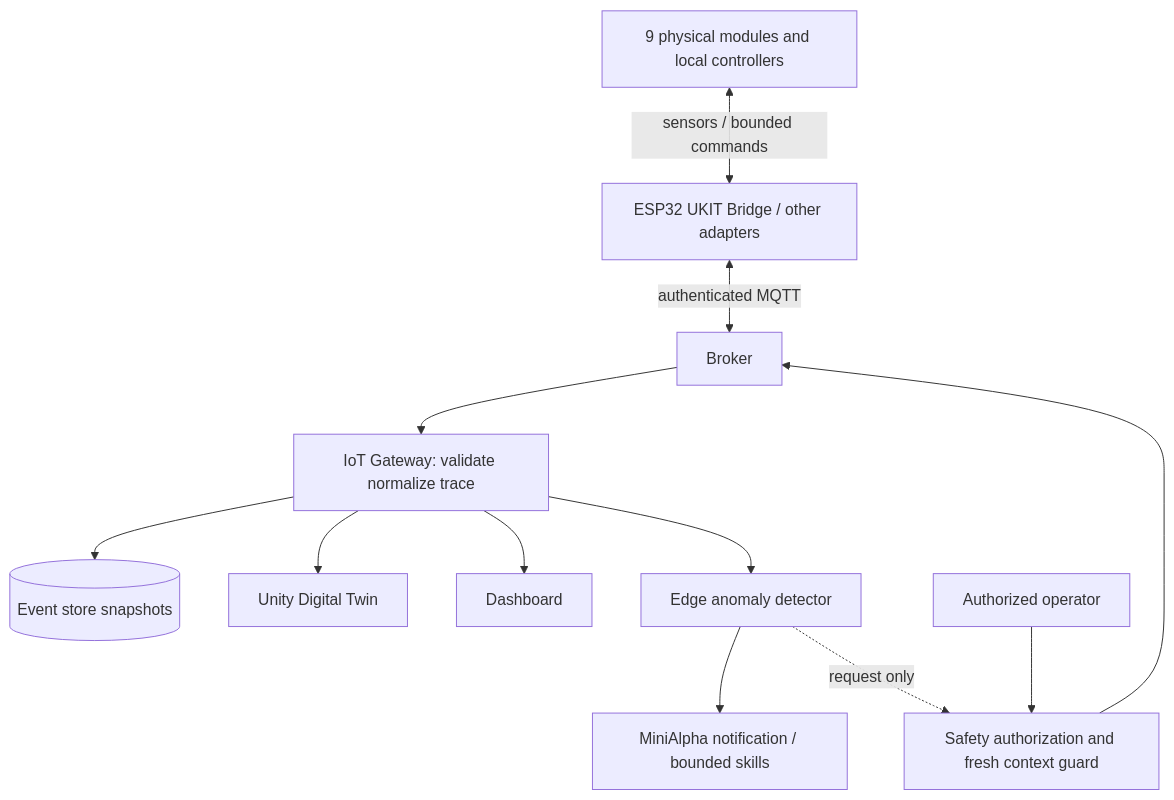
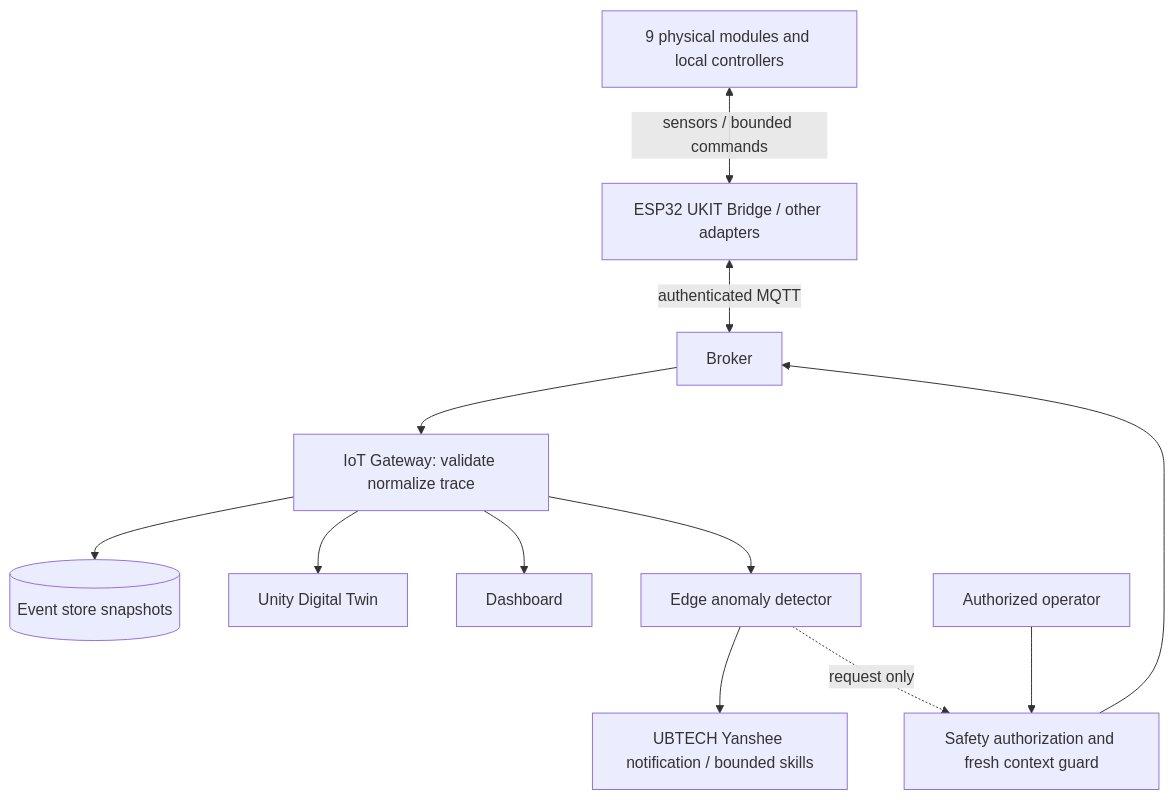
The second of 2 diagrams in docs/architecture/overview.md (vinhphan812/smart-factory), drawn with Mermaid before and after one commit. The commit also changed other lines of this file and 12 other files, not shown here.

Commit message:
docs(robot): designate UBTECH Yanshee instead of MiniAlpha across engineering context [skip-adr]

````diff
--- a/docs/architecture/overview.md
+++ b/docs/architecture/overview.md
@@ -23,14 +23,14 @@
 ```mermaid
 flowchart TD
   Factory[9 physical modules and local controllers] <-->|sensors / bounded commands| Bridge[ESP32 UKIT Bridge / other adapters]
   Bridge <-->|authenticated MQTT| Broker[Broker]
   Broker --> Gateway[IoT Gateway: validate normalize trace]
   Gateway --> Store[(Event store snapshots)]
   Gateway --> Twin[Unity Digital Twin]
   Gateway --> Dash[Dashboard]
   Gateway --> Edge[Edge anomaly detector]
-  Edge --> Robot[MiniAlpha notification / bounded skills]
+  Edge --> Robot[UBTECH Yanshee notification / bounded skills]
   Operator[Authorized operator] --> Guard[Safety authorization and fresh context guard]
   Edge -. request only .-> Guard
   Guard --> Broker
 ```
````
